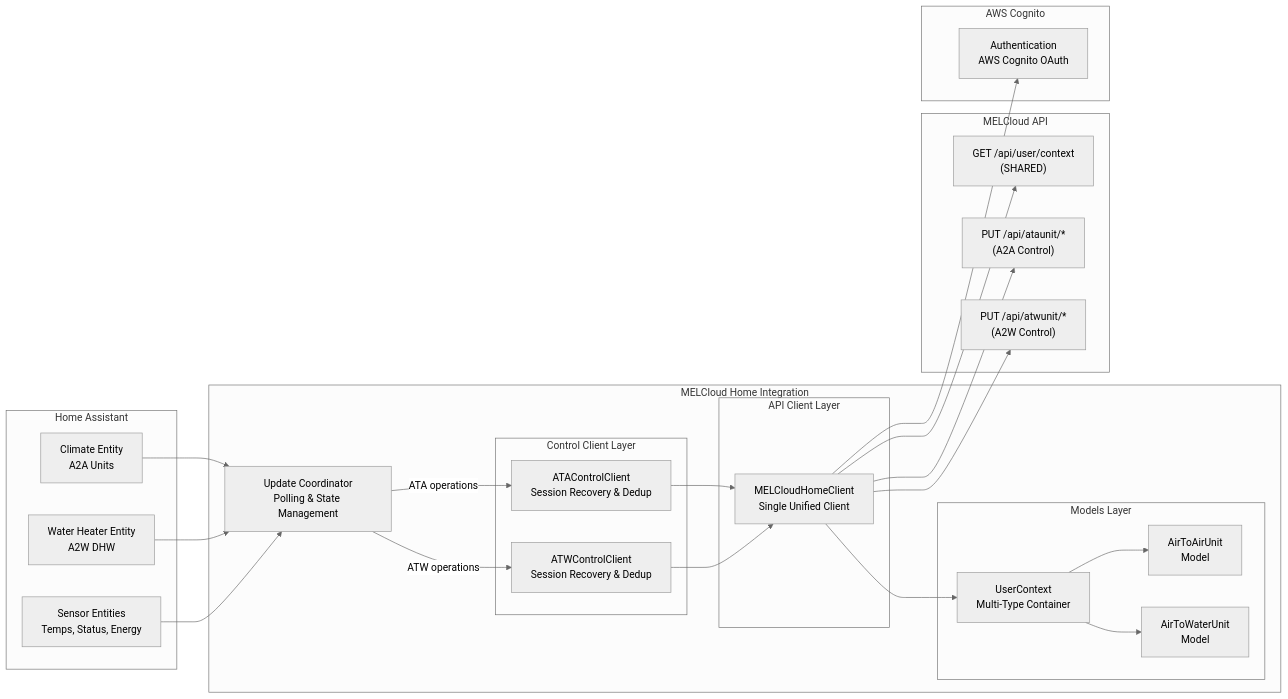
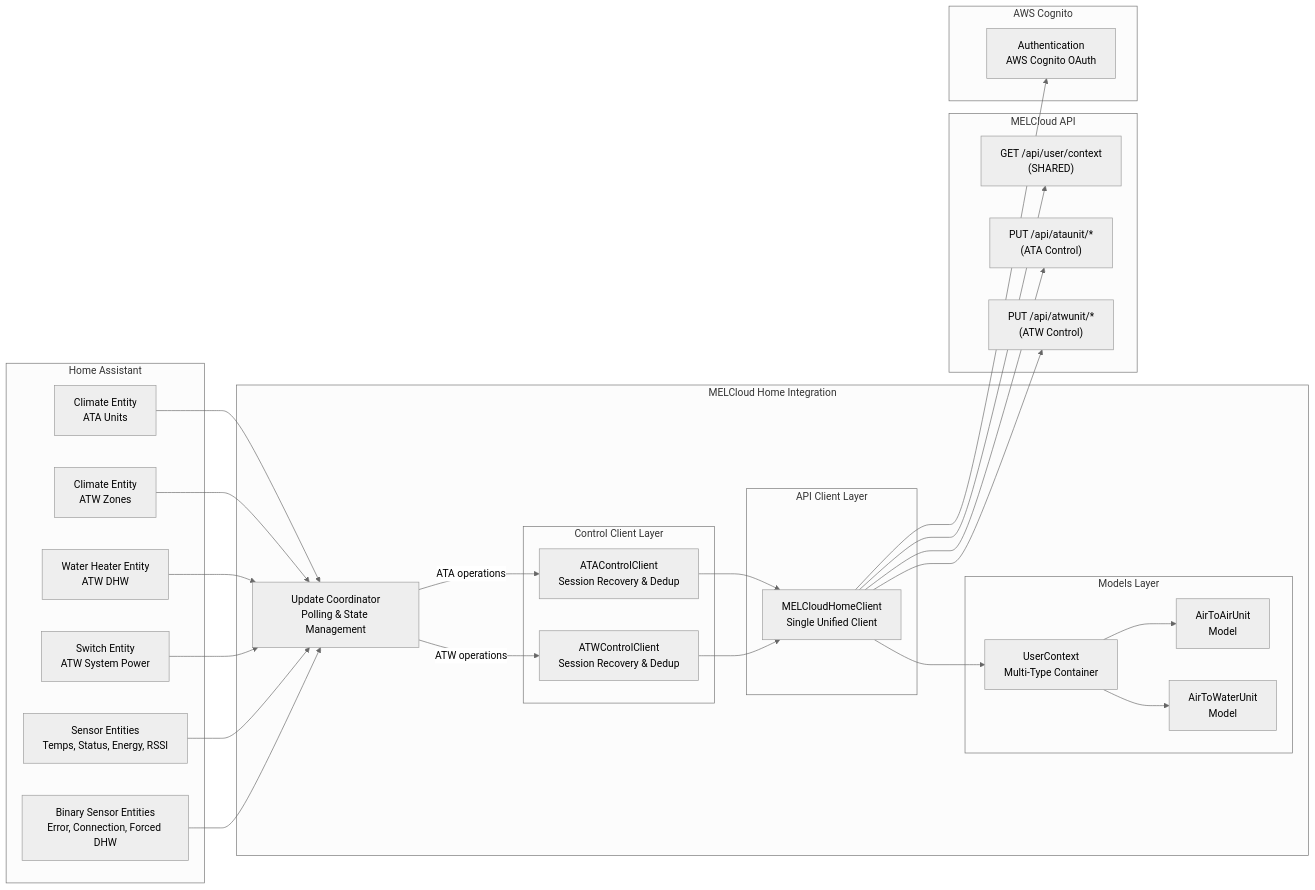
The first of 5 diagrams in docs/architecture.md (andrew-blake/melcloudhome), drawn with Mermaid (neutral theme) before and after one commit. The commit also changed other lines of this file and 84 other files, not shown here.

First line of the commit message:
Release v2.0.0-RC.1: ATW energy monitoring, cooling support, and entity ID consistency (#38)

````diff
--- a/docs/architecture.md
+++ b/docs/architecture.md
@@ -26,53 +25,59 @@
 ```mermaid
 graph LR
     subgraph "Home Assistant"
-        Climate[Climate Entity<br/>A2A Units]
-        WaterHeater[Water Heater Entity<br/>A2W DHW]
-        Sensors[Sensor Entities<br/>Temps, Status, Energy]
+        ClimateATA[Climate Entity<br/>ATA Units]
+        ClimateATW[Climate Entity<br/>ATW Zones]
+        WaterHeater[Water Heater Entity<br/>ATW DHW]
+        Switch[Switch Entity<br/>ATW System Power]
+        Sensors[Sensor Entities<br/>Temps, Status, Energy, RSSI]
+        BinarySensors[Binary Sensor Entities<br/>Error, Connection, Forced DHW]
     end
 
     subgraph "MELCloud Home Integration"
         Coordinator[Update Coordinator<br/>Polling & State Management]
 
         subgraph "Control Client Layer"
             ControlATA[ATAControlClient<br/>Session Recovery & Dedup]
             ControlATW[ATWControlClient<br/>Session Recovery & Dedup]
         end
 
         subgraph "Models Layer"
-            A2AModel[AirToAirUnit<br/>Model]
-            A2WModel[AirToWaterUnit<br/>Model]
+            ATAModel[AirToAirUnit<br/>Model]
+            ATWModel[AirToWaterUnit<br/>Model]
             Context[UserContext<br/>Multi-Type Container]
         end
         subgraph "API Client Layer"
             Client[MELCloudHomeClient<br/>Single Unified Client]
         end
 
     end
     subgraph "MELCloud API"
         UserContextAPI["GET /api/user/context<br/>(SHARED)"]
-        A2AAPI["PUT /api/ataunit/*<br/>(A2A Control)"]
-        A2WAPI["PUT /api/atwunit/*<br/>(A2W Control)"]
+        ATAAPI["PUT /api/ataunit/*<br/>(ATA Control)"]
+        ATWAPI["PUT /api/atwunit/*<br/>(ATW Control)"]
     end
     subgraph "AWS Cognito"
         Auth[Authentication<br/>AWS Cognito OAuth]
     end
 
-    Climate --> Coordinator
+    ClimateATA --> Coordinator
+    ClimateATW --> Coordinator
     WaterHeater --> Coordinator
+    Switch --> Coordinator
     Sensors --> Coordinator
+    BinarySensors --> Coordinator
 
     Coordinator -->|ATA operations| ControlATA
     Coordinator -->|ATW operations| ControlATW
     ControlATA --> Client
     ControlATW --> Client
     Client --> Auth
     Client --> Context
 
-    Context --> A2AModel
-    Context --> A2WModel
+    Context --> ATAModel
+    Context --> ATWModel
 
     Client --> UserContextAPI
-    Client --> A2AAPI
-    Client --> A2WAPI
+    Client --> ATAAPI
+    Client --> ATWAPI
 ```
````
